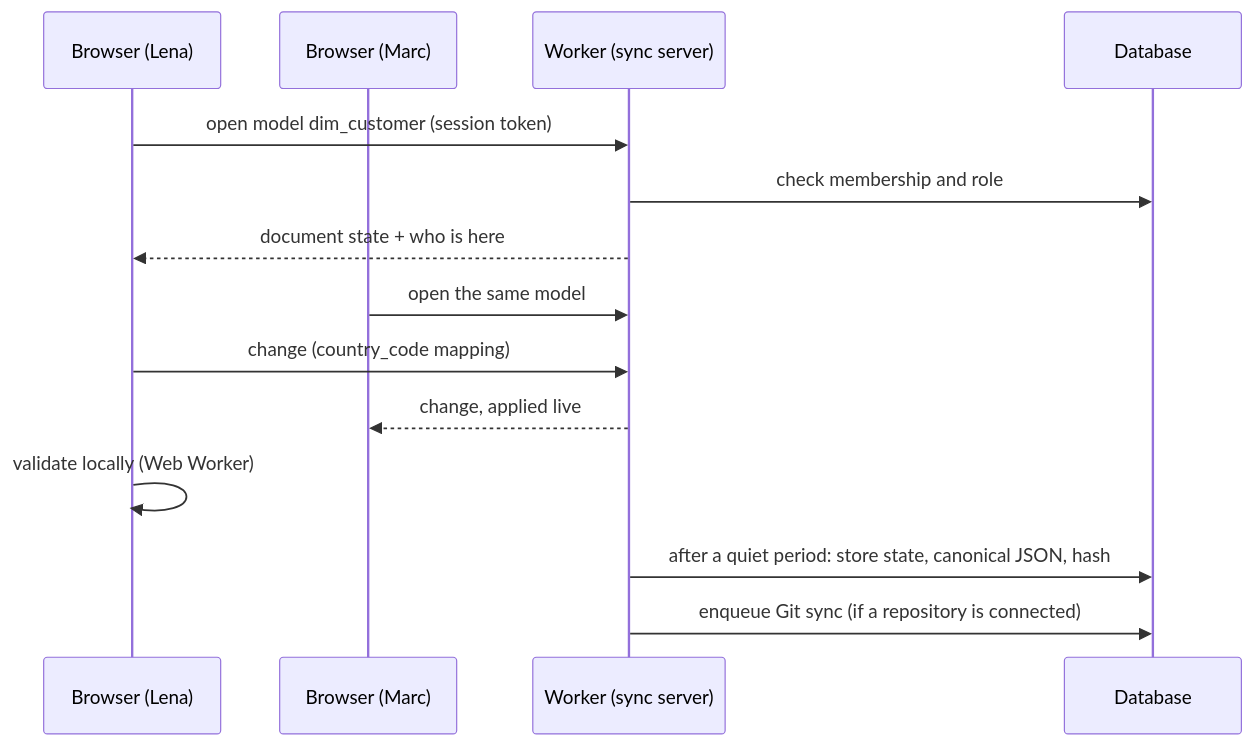
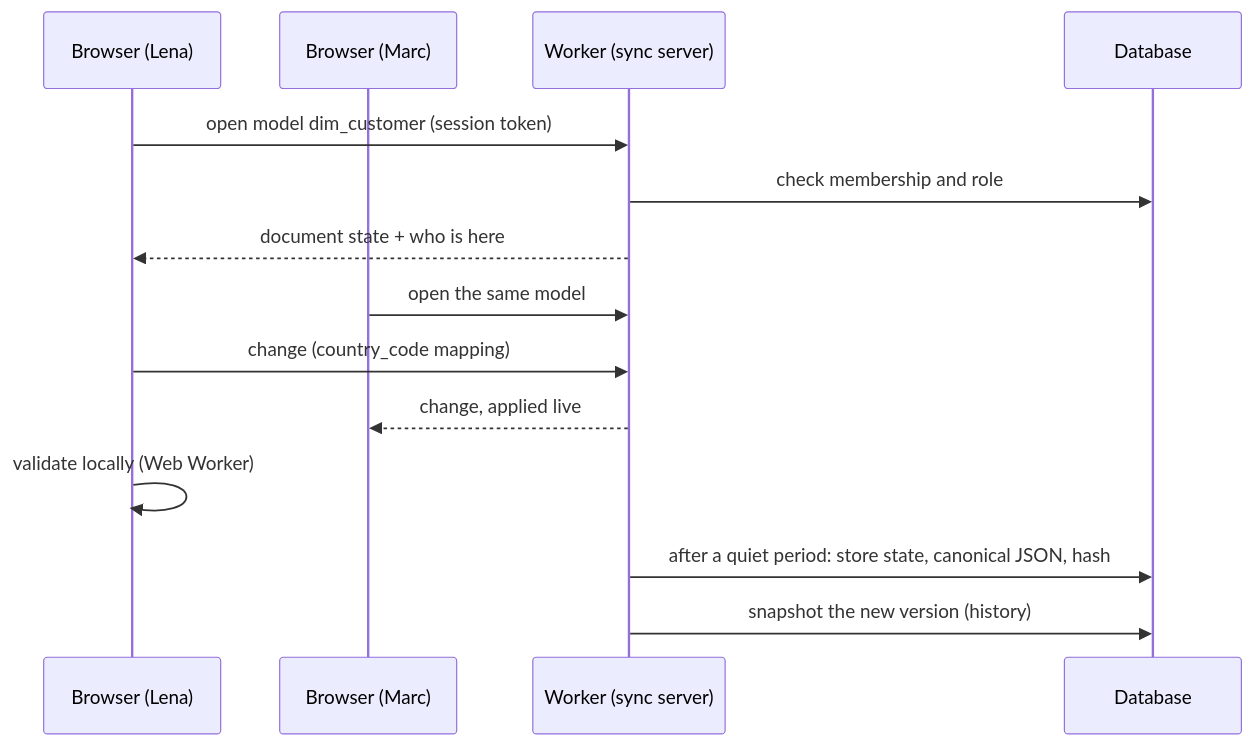
Before and after one commit to CorentinHmn/Abyss-Atlas: the third of 4 diagrams in docs/04-architecture.md, drawn with Mermaid. The commit also changed other lines of this file and 4 other files, not shown here.

First line of the commit message:
docs: replace Git sync with in-app versions and downloads in architecture

````diff
--- a/docs/04-architecture.md
+++ b/docs/04-architecture.md
@@ -107,16 +109,16 @@
 ```mermaid
 sequenceDiagram
   participant A as Browser (Lena)
   participant B as Browser (Marc)
   participant W as Worker (sync server)
   participant D as Database
   A->>W: open model dim_customer (session token)
   W->>D: check membership and role
   W-->>A: document state + who is here
   B->>W: open the same model
   A->>W: change (country_code mapping)
   W-->>B: change, applied live
   A->>A: validate locally (Web Worker)
   W->>D: after a quiet period: store state, canonical JSON, hash
-  W->>D: enqueue Git sync (if a repository is connected)
+  W->>D: snapshot the new version (history)
 ```
````
